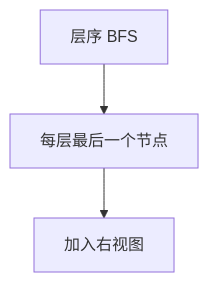
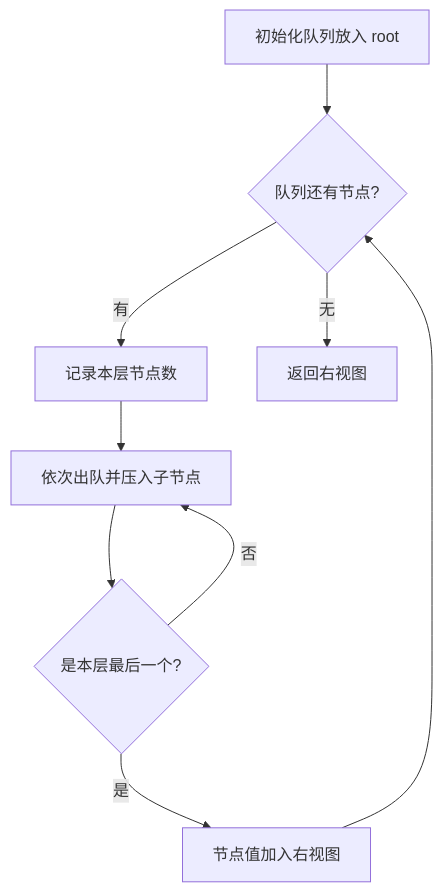
The first of 2 diagrams in 09-二叉树/0199-二叉树的右视图.md (OctalZero/hot100-py), drawn with Mermaid before and after one commit. The commit also changed other lines of this file and 117 other files, not shown here.

First line of the commit message:
feat: 全题解配图升级为「动画式 mermaid」（总览骨架 + 横向时间线逐步推演）

````diff
--- a/09-二叉树/0199-二叉树的右视图.md
+++ b/09-二叉树/0199-二叉树的右视图.md
@@ -18,5 +18,11 @@
 ```mermaid
 flowchart TD
-    A["层序 BFS"] --> B["每层最后一个节点"]
-    B --> C["加入右视图"]
+    A["初始化队列放入 root"] --> B{"队列还有节点?"}
+    B -->|"有"| C["记录本层节点数"]
+    C --> D["依次出队并压入子节点"]
+    D --> E{"是本层最后一个?"}
+    E -->|"是"| F["节点值加入右视图"]
+    E -->|"否"| D
+    F --> B
+    B -->|"无"| G["返回右视图"]
 ```
````
